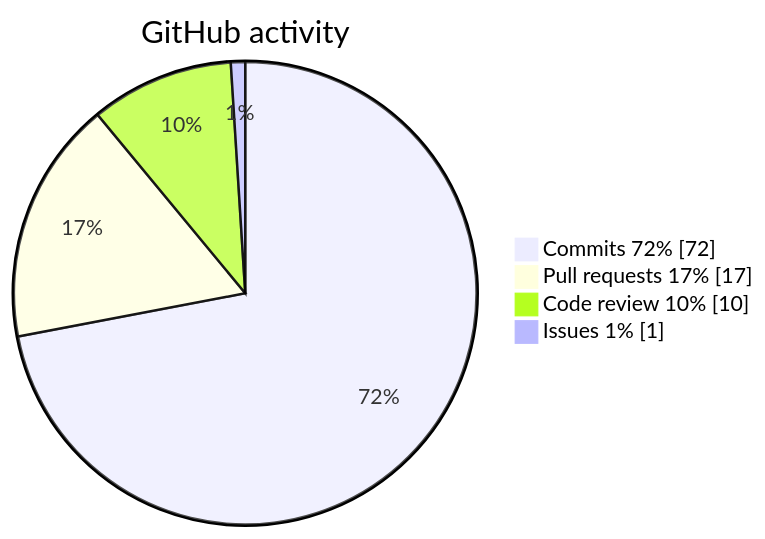
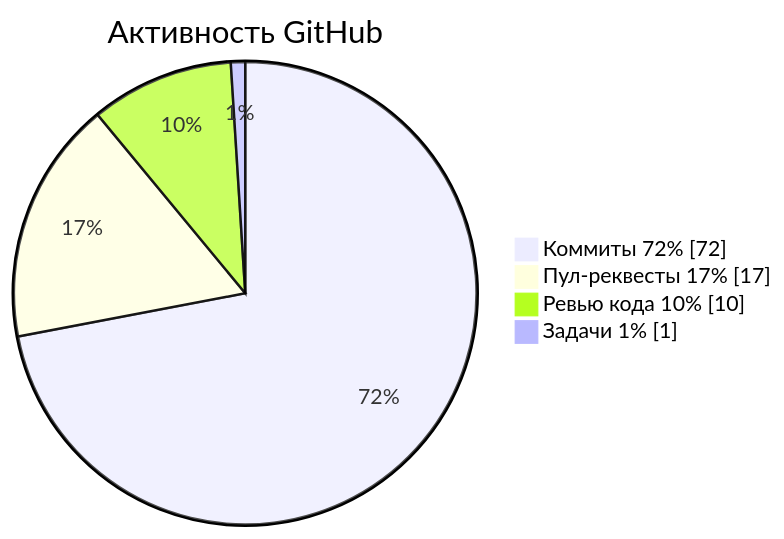
One commit to krotname/KrotName changed the diagram in README.md. Above: the diagram before and after it, drawn with Mermaid. The commit also changed other lines of this file and 2 other files, not shown here.

Commit message:
Localize profile metrics blocks

````diff
--- a/README.md
+++ b/README.md
@@ -49,8 +49,8 @@
 ```mermaid
 pie showData
-    title GitHub activity
-    "Commits 72%" : 72
-    "Pull requests 17%" : 17
-    "Code review 10%" : 10
-    "Issues 1%" : 1
+    title Активность GitHub
+    "Коммиты 72%" : 72
+    "Пул-реквесты 17%" : 17
+    "Ревью кода 10%" : 10
+    "Задачи 1%" : 1
 ```
````
